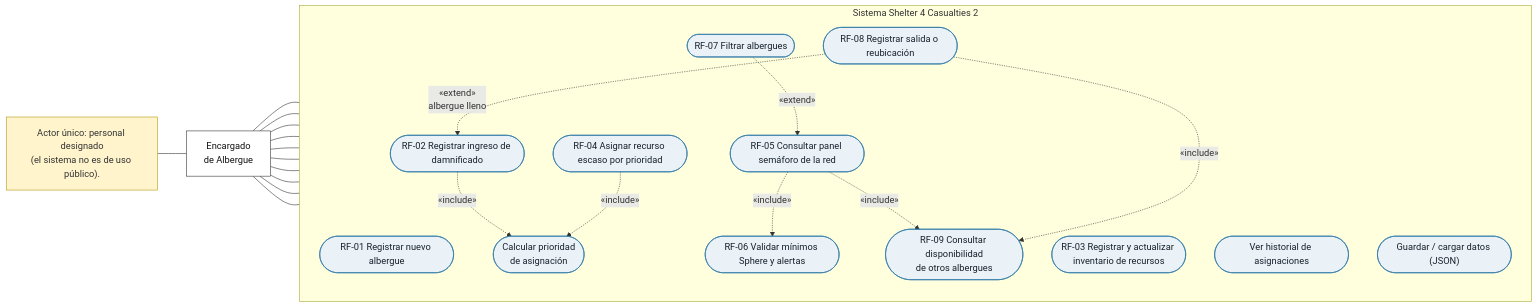
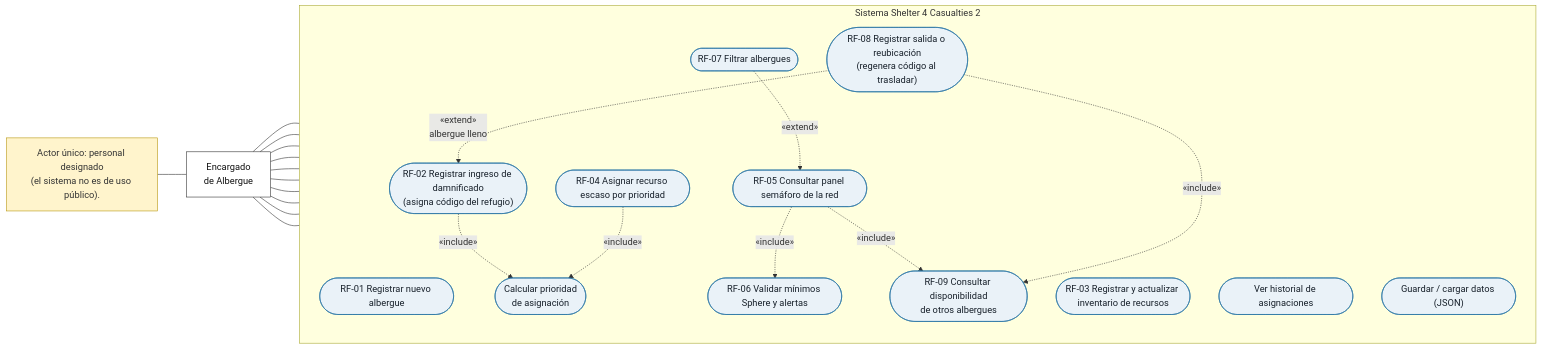
The diagram in CasosDeUso.md (shjoja07/Shelter4Casualties2), drawn with Mermaid before and after one commit. The commit also changed 14 other files, not shown here.

````diff
--- a/CasosDeUso.md
+++ b/CasosDeUso.md
@@ -3,60 +3,60 @@
 ```mermaid
 flowchart LR
     %% Actor
     Encargado["Encargado<br/>de Albergue"]
 
     %% Límite del sistema
     subgraph Sistema["Sistema Shelter 4 Casualties 2"]
         direction TB
 
         RF01(["RF-01 Registrar nuevo albergue"])
         RF03(["RF-03 Registrar y actualizar inventario de recursos"])
         RF06(["RF-06 Validar mínimos Sphere y alertas"])
-        RF02(["RF-02 Registrar ingreso de damnificado"])
+        RF02(["RF-02 Registrar ingreso de damnificado<br/>(asigna código del refugio)"])
         RF04(["RF-04 Asignar recurso escaso por prioridad"])
         RF07(["RF-07 Filtrar albergues"])
         RF05(["RF-05 Consultar panel semáforo de la red"])
-        RF08(["RF-08 Registrar salida o reubicación"])
+        RF08(["RF-08 Registrar salida o reubicación<br/>(regenera código al trasladar)"])
         UC_Historial(["Ver historial de asignaciones"])
         UC_Persistencia(["Guardar / cargar datos (JSON)"])
 
         UC_CalcularPrioridad(["Calcular prioridad<br/>de asignación"])
         RF09(["RF-09 Consultar disponibilidad<br/>de otros albergues"])
     end
 
     %% Asociaciones del actor
     Encargado --- RF01
     Encargado --- RF03
     Encargado --- RF06
     Encargado --- RF02
     Encargado --- RF04
     Encargado --- RF07
     Encargado --- RF05
     Encargado --- RF08
     Encargado --- UC_Historial
     Encargado --- UC_Persistencia
 
     %% Relaciones entre casos de uso
     RF02 -.->|«include»| UC_CalcularPrioridad
     RF04 -.->|«include»| UC_CalcularPrioridad
 
     RF07 -.->|«extend»| RF05
     RF08 -.->|«extend»<br/>albergue lleno| RF02
 
     RF05 -.->|«include»| RF06
     RF05 -.->|«include»| RF09
     RF08 -.->|«include»| RF09
 
     %% Nota del actor
     Nota["Actor único: personal designado<br/>(el sistema no es de uso público)."]
     Nota --- Encargado
 
     %% Estilos visuales
     classDef actor fill:#ffffff,stroke:#333333,color:#111111
     classDef casoUso fill:#eaf2f8,stroke:#2874a6,color:#17202a
     classDef nota fill:#fff4cc,stroke:#b7950b,color:#333333
 
     class Encargado actor
     class RF01,RF02,RF03,RF04,RF05,RF06,RF07,RF08,RF09,UC_CalcularPrioridad,UC_Historial,UC_Persistencia casoUso
     class Nota nota
 ```
````
